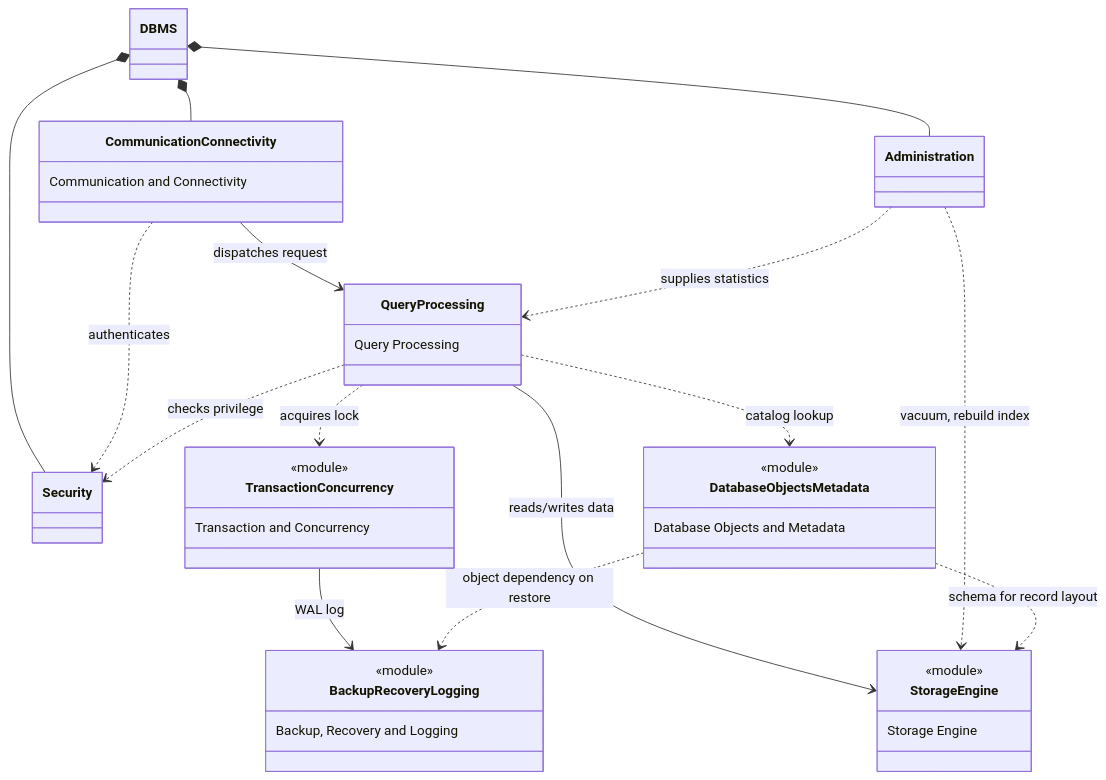
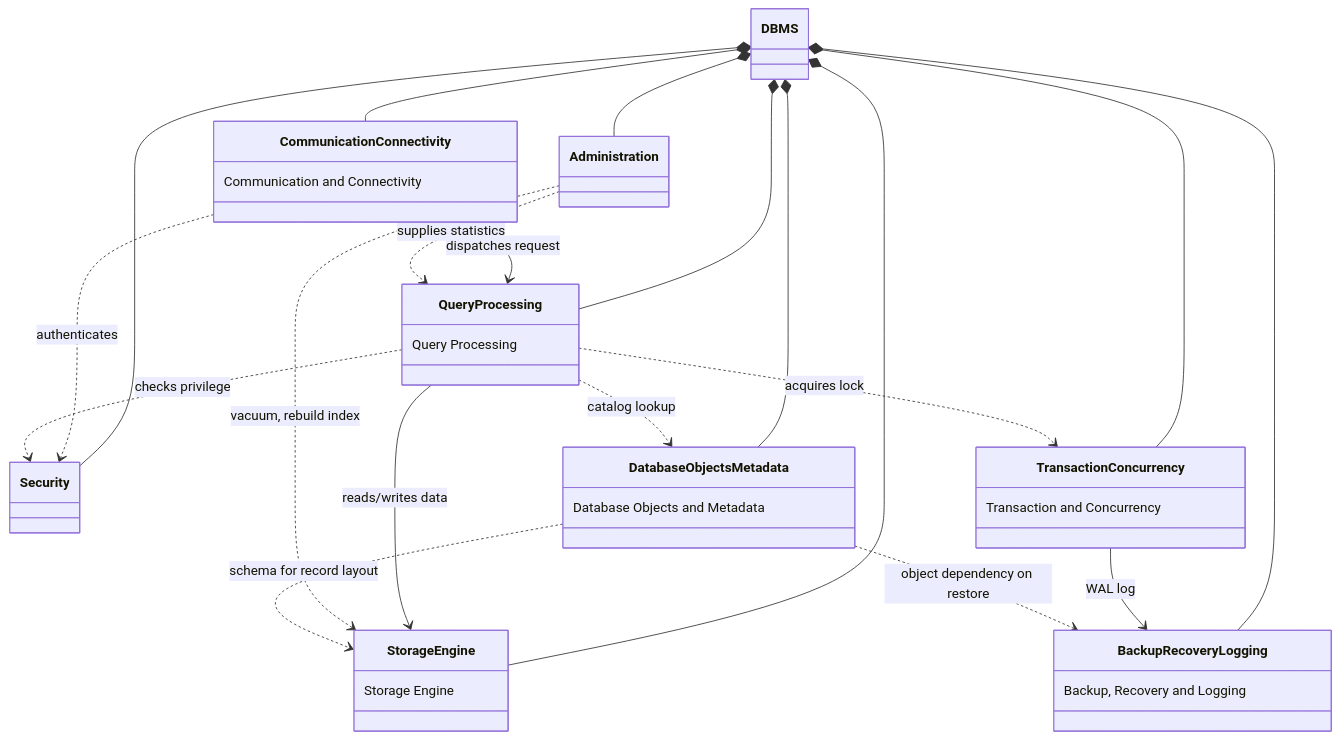
One commit to Ricky13170/DBMS changed the diagram in da.md. Above: the diagram before and after it, drawn with Mermaid.

````diff
--- a/da.md
+++ b/da.md
@@ -12,69 +12,70 @@
 ```mermaid
 classDiagram
     direction TB
 
     class DBMS {
     }
 
     class CommunicationConnectivity {
         Communication and Connectivity
     }
 
     class Security {
     }
 
     class Administration {
     }
 
     class QueryProcessing {
         Query Processing
     }
 
     class TransactionConcurrency {
-        <<module>>
         Transaction and Concurrency
     }
 
     class BackupRecoveryLogging {
-        <<module>>
         Backup, Recovery and Logging
     }
 
     class StorageEngine {
-        <<module>>
         Storage Engine
     }
 
     class DatabaseObjectsMetadata {
-        <<module>>
         Database Objects and Metadata
     }
 
     %% --- DBMS Composition (explicit diamonds) ---
     DBMS *-- CommunicationConnectivity
     DBMS *-- Security
     DBMS *-- Administration
+    DBMS *-- QueryProcessing
+    DBMS *-- TransactionConcurrency
+    DBMS *-- BackupRecoveryLogging
+    DBMS *-- StorageEngine
+    DBMS *-- DatabaseObjectsMetadata
 
     %% --- Main request pipeline ---
     CommunicationConnectivity --> QueryProcessing : dispatches request
 
     %% --- Security cross-cutting ---
     CommunicationConnectivity ..> Security : authenticates
     QueryProcessing ..> Security : checks privilege
 
     %% --- Query to lower layers ---
     QueryProcessing ..> TransactionConcurrency : acquires lock
     QueryProcessing --> StorageEngine : reads/writes data
     QueryProcessing ..> DatabaseObjectsMetadata : catalog lookup
 
     %% --- Transaction to WAL ---
     TransactionConcurrency --> BackupRecoveryLogging : WAL log
 
     %% --- Administration support ---
     Administration ..> QueryProcessing : supplies statistics
     Administration ..> StorageEngine : vacuum, rebuild index
 
     %% --- Metadata support ---
     DatabaseObjectsMetadata ..> StorageEngine : schema for record layout
     DatabaseObjectsMetadata ..> BackupRecoveryLogging : object dependency on restore
 ```
````
